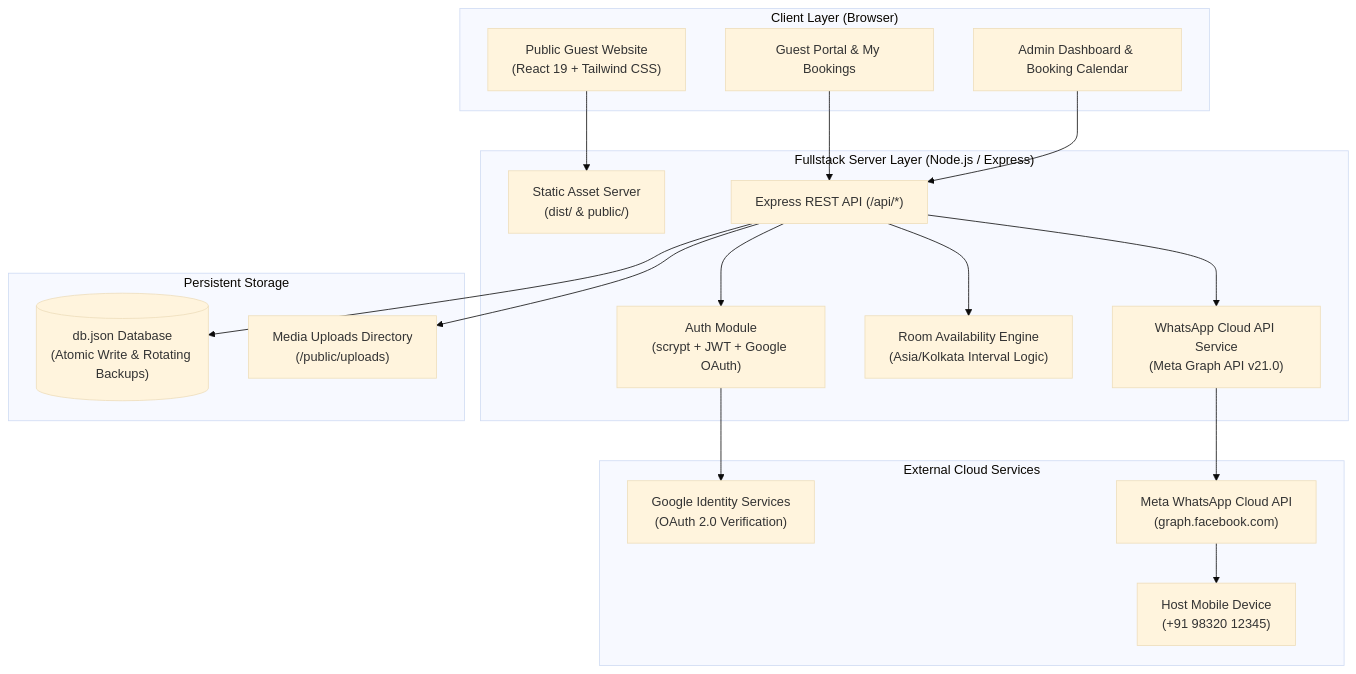
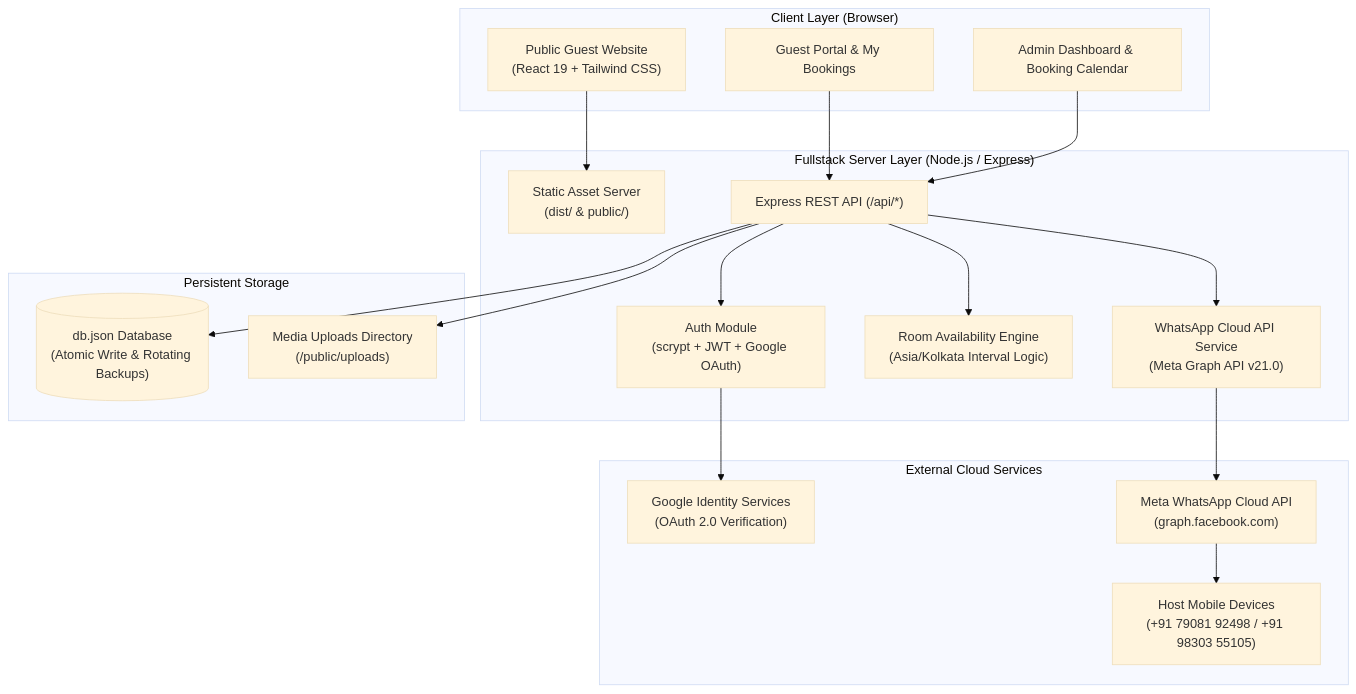
The diagram in README.md (santrarony9/MineralSpringRetreat), drawn with Mermaid (base theme) before and after one commit. The commit also changed other lines of this file and 21 other files, not shown here.

````diff
--- a/README.md
+++ b/README.md
@@ -80,42 +80,42 @@
 ```mermaid
 flowchart TD
     subgraph Client ["Client Layer (Browser)"]
         Public["Public Guest Website<br/>(React 19 + Tailwind CSS)"]
         GuestDrawer["Guest Portal & My Bookings"]
         AdminDashboard["Admin Dashboard & Booking Calendar"]
     end
 
     subgraph Server ["Fullstack Server Layer (Node.js / Express)"]
         StaticServe["Static Asset Server<br/>(dist/ & public/)"]
         API["Express REST API (/api/*)"]
         AuthModule["Auth Module<br/>(scrypt + JWT + Google OAuth)"]
         AvailEngine["Room Availability Engine<br/>(Asia/Kolkata Interval Logic)"]
         WhatsAppService["WhatsApp Cloud API Service<br/>(Meta Graph API v21.0)"]
     end
 
     subgraph Storage ["Persistent Storage"]
         DB[("db.json Database<br/>(Atomic Write & Rotating Backups)")]
         Uploads["Media Uploads Directory<br/>(/public/uploads)"]
     end
 
     subgraph External ["External Cloud Services"]
         GoogleAuth["Google Identity Services<br/>(OAuth 2.0 Verification)"]
         MetaCloud["Meta WhatsApp Cloud API<br/>(graph.facebook.com)"]
-        HostMobile["Host Mobile Device<br/>(+91 98320 12345)"]
+        HostMobile["Host Mobile Devices<br/>(+91 79081 92498 / +91 98303 55105)"]
     end
 
     Public --> StaticServe
     GuestDrawer --> API
     AdminDashboard --> API
 
     API --> AuthModule
     API --> AvailEngine
     API --> WhatsAppService
 
     AuthModule --> GoogleAuth
     WhatsAppService --> MetaCloud
     MetaCloud --> HostMobile
 
     API --> DB
     API --> Uploads
 ```
````
